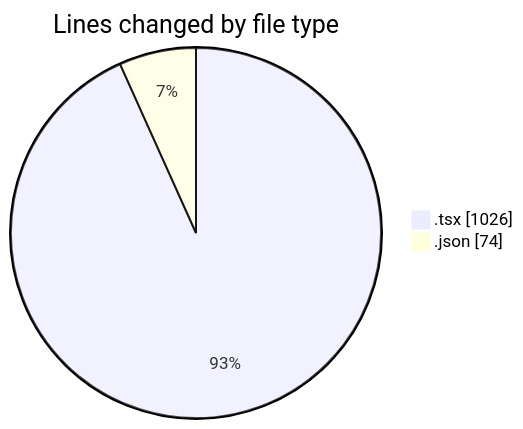
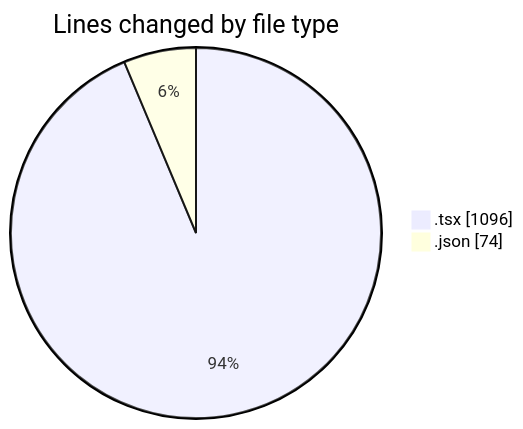
Before and after one commit to momahboobian/code-tracking: the first of 2 diagrams in 2025-04-08/cda/README.md, drawn with Mermaid. The commit also changed other lines of this file and 1 other file, not shown here.

````diff
--- a/2025-04-08/cda/README.md
+++ b/2025-04-08/cda/README.md
@@ -22,6 +22,6 @@
 ```mermaid
 pie showData
 title Lines changed by file type
-".tsx" : 1026
+".tsx" : 1096
 ".json" : 74
 ```
````
